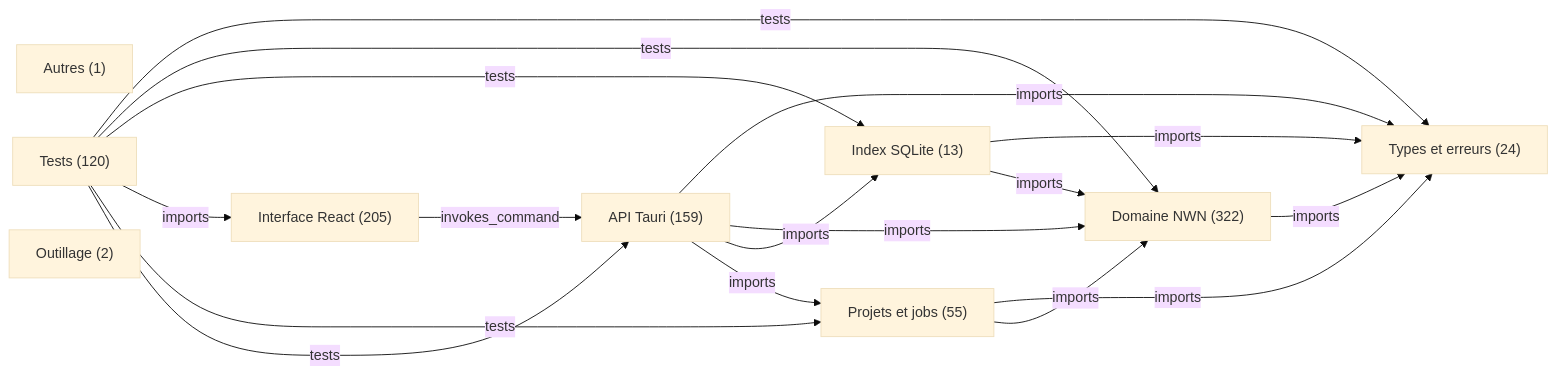
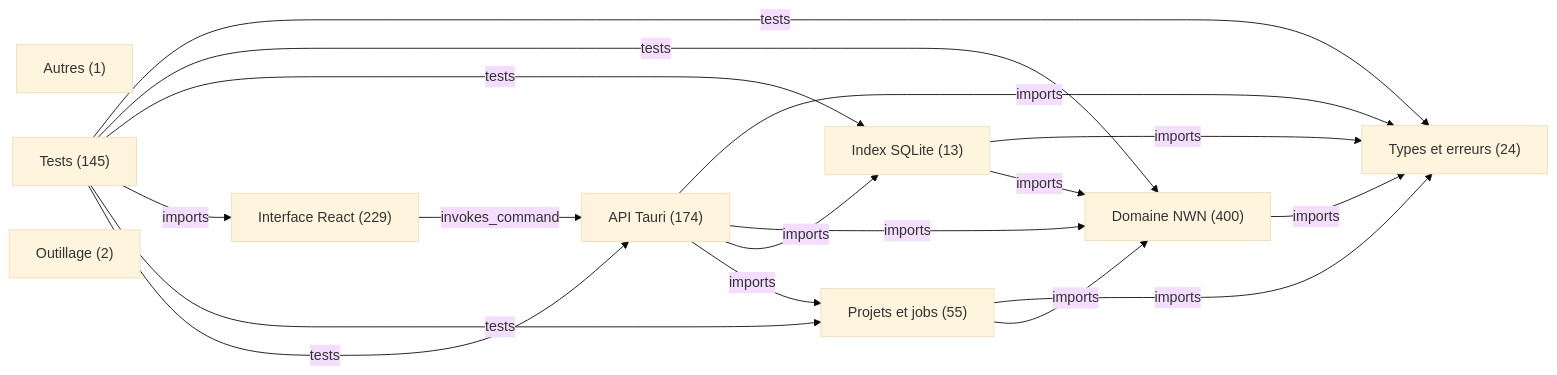
One commit to Karenax/OpenNever_Forge changed the diagram in docs/architecture/overview.mmd. Above: the diagram before and after it, drawn with Mermaid (base theme). The commit also changed 29 other files, not shown here.

```diff
--- a/docs/architecture/overview.mmd
+++ b/docs/architecture/overview.mmd
@@ -1,26 +1,26 @@
 flowchart LR
   layer_0["Types et erreurs (24)"]
-  layer_1["Domaine NWN (322)"]
+  layer_1["Domaine NWN (400)"]
   layer_2["Index SQLite (13)"]
-  layer_3["Interface React (205)"]
+  layer_3["Interface React (229)"]
   layer_4["Autres (1)"]
   layer_5["Projets et jobs (55)"]
-  layer_6["API Tauri (159)"]
-  layer_7["Tests (120)"]
+  layer_6["API Tauri (174)"]
+  layer_7["Tests (145)"]
   layer_8["Outillage (2)"]
   layer_1 -->|"imports"| layer_0
   layer_2 -->|"imports"| layer_0
   layer_2 -->|"imports"| layer_1
   layer_3 -->|"invokes_command"| layer_6
   layer_5 -->|"imports"| layer_0
   layer_5 -->|"imports"| layer_1
   layer_6 -->|"imports"| layer_0
   layer_6 -->|"imports"| layer_1
   layer_6 -->|"imports"| layer_2
   layer_6 -->|"imports"| layer_5
   layer_7 -->|"tests"| layer_0
   layer_7 -->|"tests"| layer_1
   layer_7 -->|"tests"| layer_2
   layer_7 -->|"imports"| layer_3
   layer_7 -->|"tests"| layer_5
   layer_7 -->|"tests"| layer_6
```
